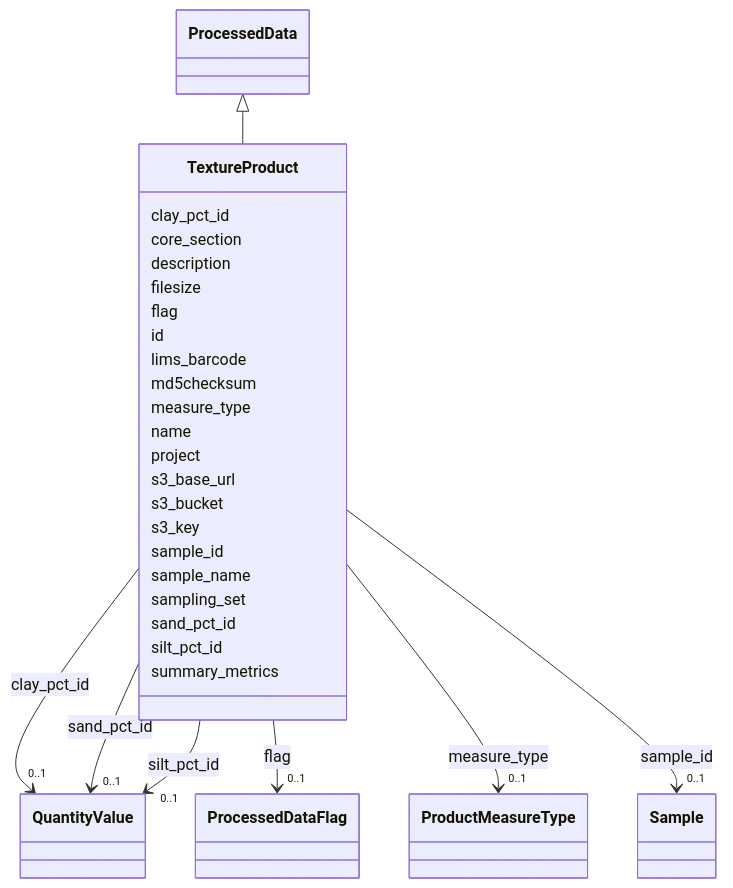
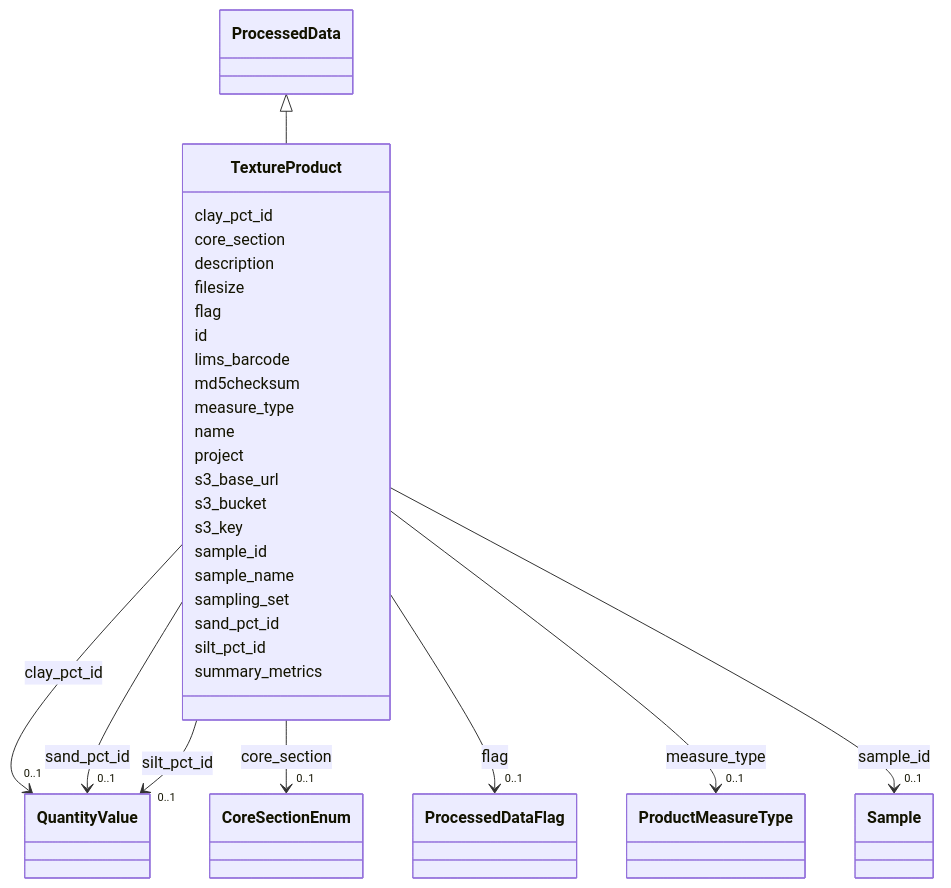
One commit to EMSL-Computing/BASALT-Schema changed the diagram in docs/elements/TextureProduct.md. Above: the diagram before and after it, drawn with Mermaid. The commit also changed other lines of this file and 388 other files, not shown here.

```diff
--- a/docs/elements/TextureProduct.md
+++ b/docs/elements/TextureProduct.md
@@ -31,6 +31,16 @@
 
         
       TextureProduct : core_section
+        
+          
+    
+    
+    
+    
+    TextureProduct --> "0..1" CoreSectionEnum : core_section
+    click CoreSectionEnum href "../CoreSectionEnum"
+    
+
         
       TextureProduct : description
         
```
